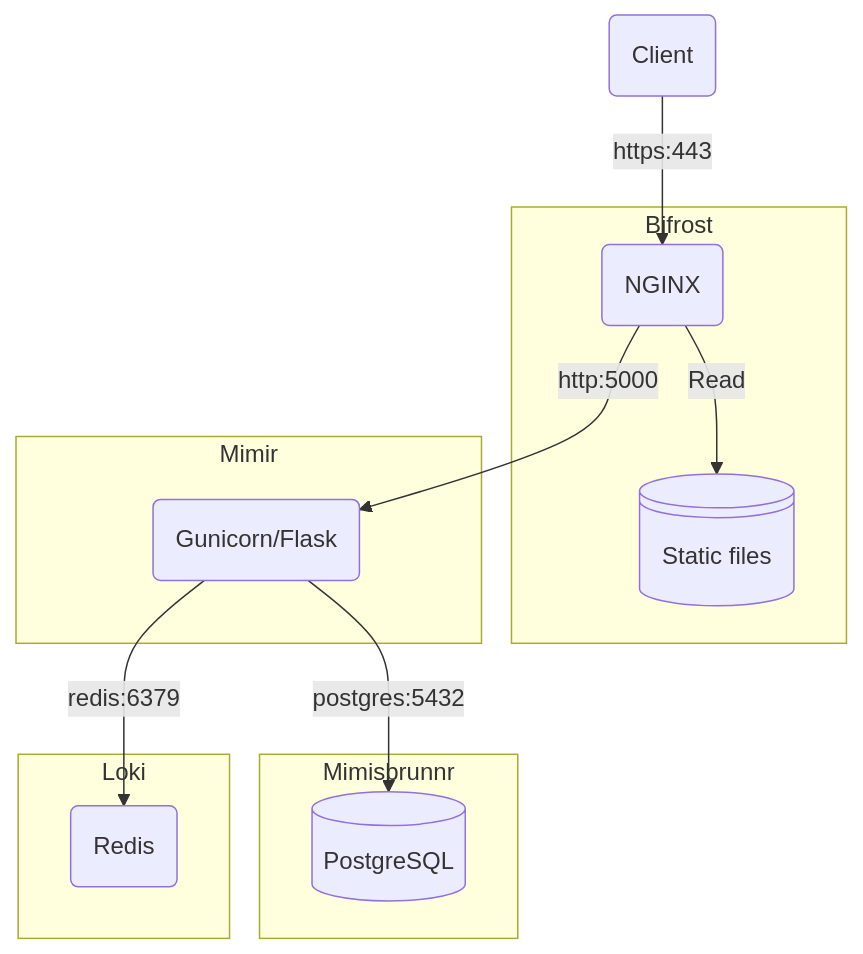
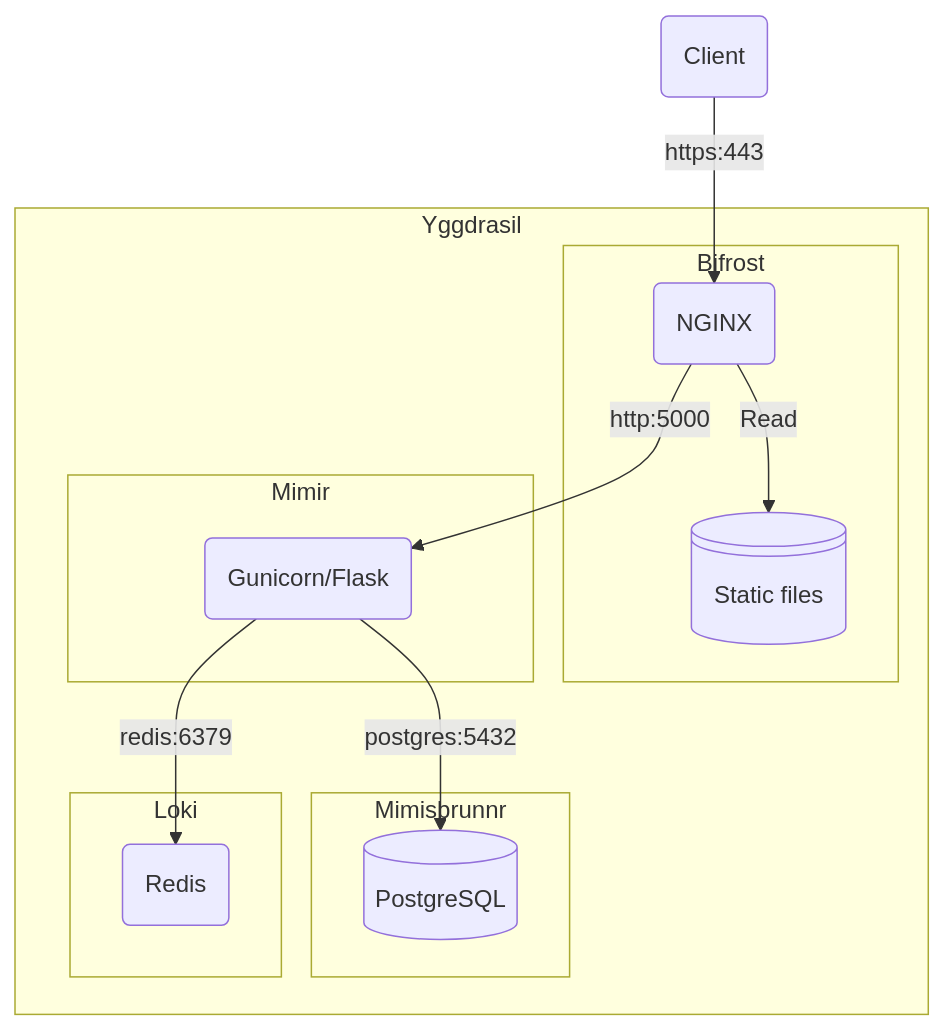
The second of 3 diagrams in README.md (matthew-shaw/conflux), drawn with Mermaid before and after one commit.

Commit message:
add yggdrasil network

````diff
--- a/README.md
+++ b/README.md
@@ -91,28 +91,30 @@
 ```mermaid
 flowchart TB
     redis(Redis)
     client(Client)
     nginx(NGINX)
     flask(Gunicorn/Flask)
     static@{ shape: lin-cyl, label: "Static files" }
     db@{ shape: cyl, label: "PostgreSQL" }
 
     client -- https:443 --> nginx -- http:5000 --> flask -- postgres:5432 --> db
     flask -- redis:6379 --> redis
 
-    subgraph Bifrost
-        nginx -- Read --> static
-    end
+    subgraph Yggdrasil
+        subgraph Bifrost
+            nginx -- Read --> static
+        end
 
-    subgraph Mimir
-        flask
-    end
+        subgraph Mimir
+            flask
+        end
 
-    subgraph Mimisbrunnr
-        db
-    end
+        subgraph Mimisbrunnr
+            db
+        end
 
-    subgraph Loki
-        redis
+        subgraph Loki
+            redis
+        end
     end
 ```
````
